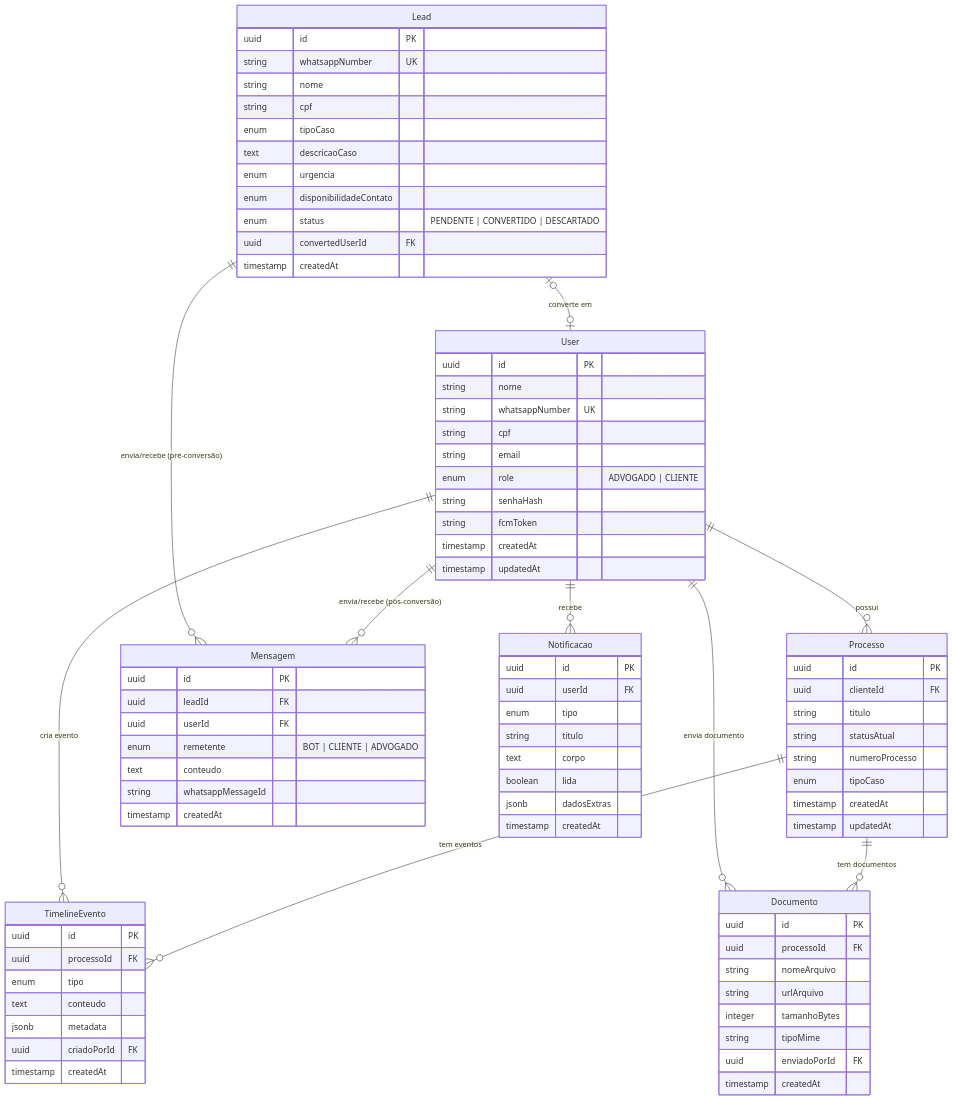
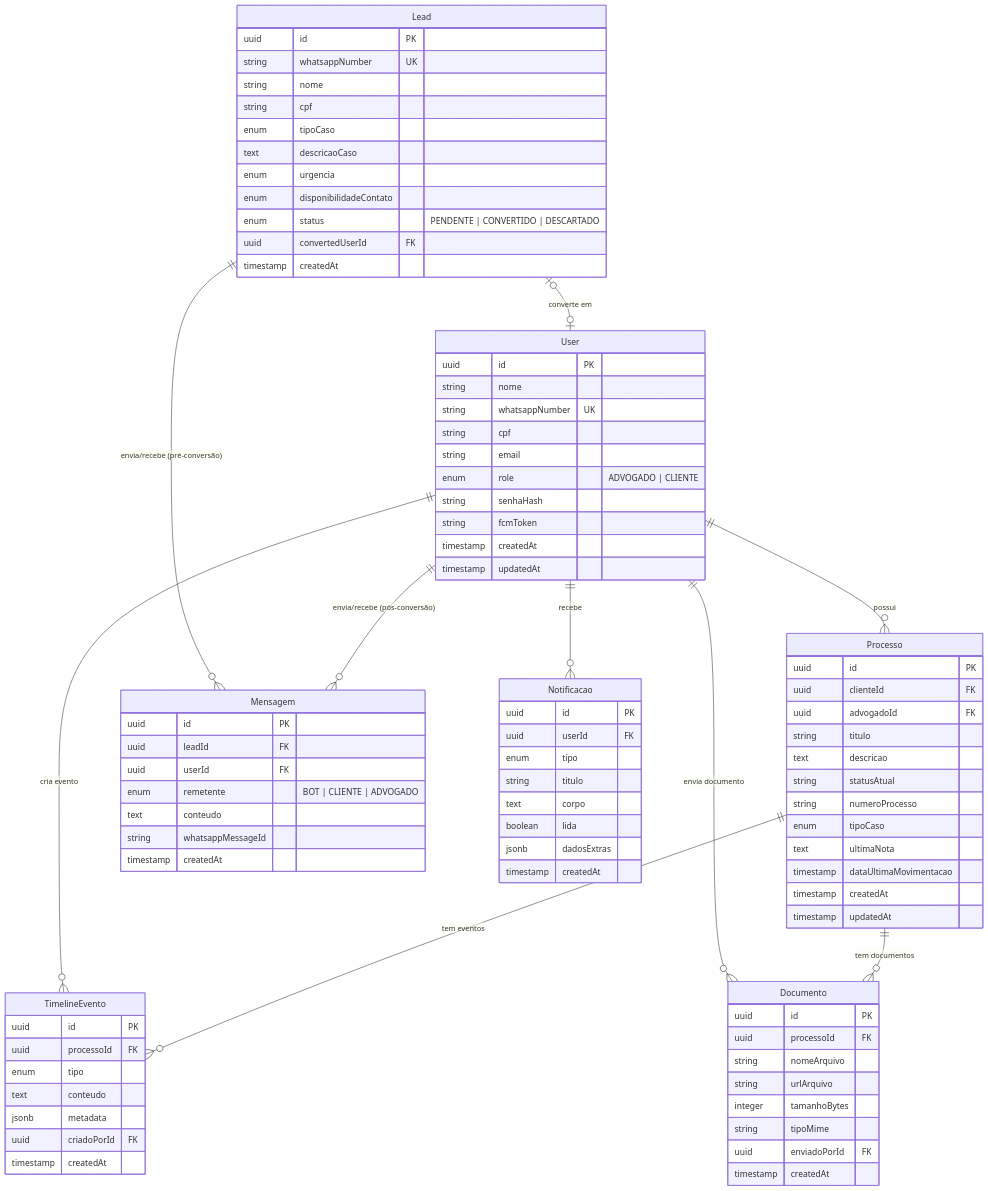
Before and after one commit to gitmachado/themis-aurora-g5: the first of 2 diagrams in documentation/architecture.md, drawn with Mermaid. The commit also changed 2 other files, not shown here.

Commit message:
docs: atualiza modelo ER e KB para refletir implementação de gaps críticos na entidade Processo

```diff
--- a/documentation/architecture.md
+++ b/documentation/architecture.md
@@ -72,10 +72,14 @@
     Processo {
         uuid id PK
         uuid clienteId FK
+        uuid advogadoId FK
         string titulo
+        text descricao
         string statusAtual
         string numeroProcesso
         enum tipoCaso
+        text ultimaNota
+        timestamp dataUltimaMovimentacao
         timestamp createdAt
         timestamp updatedAt
     }
```
